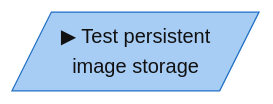
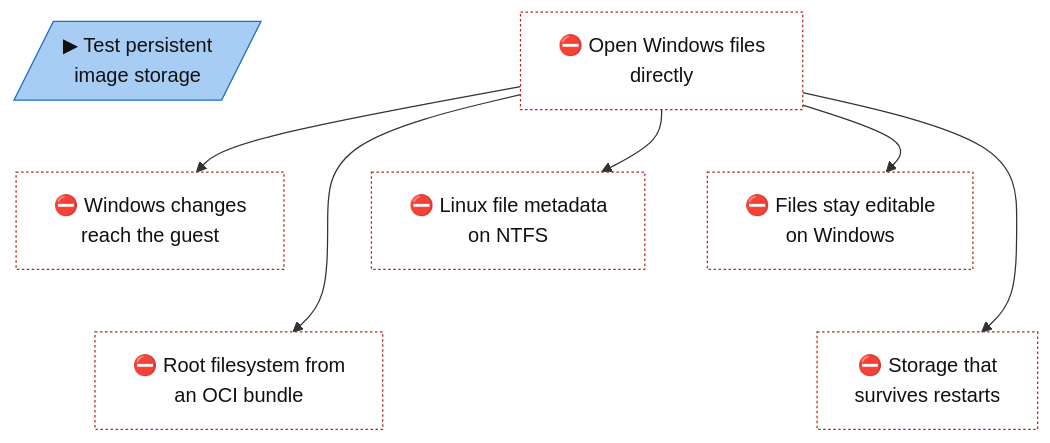
The diagram in docs/roadmap/tracks/fs.md (lhns/gvisor-windows), drawn with Mermaid before and after one commit. The commit also changed other lines of this file and 13 other files, not shown here.

````diff
--- a/docs/roadmap/tracks/fs.md
+++ b/docs/roadmap/tracks/fs.md
@@ -10,19 +10,37 @@
 ```mermaid
 flowchart TB
     fs_persistent_image_storage[/"▶ Test persistent<br/>image storage"/]
+    fs_windows_directfs["⛔ Open Windows files<br/>directly"]
+    fs_change_notifications["⛔ Windows changes<br/>reach the guest"]
+    fs_linux_metadata_on_ntfs["⛔ Linux file metadata<br/>on NTFS"]
+    fs_handles_do_not_block_users["⛔ Files stay editable<br/>on Windows"]
+    fs_root_filesystem_source["⛔ Root filesystem from<br/>an OCI bundle"]
+    fs_persistent_storage_impl["⛔ Storage that<br/>survives restarts"]
+    fs_persistent_image_storage ~~~ fs_change_notifications
+    fs_windows_directfs ~~~ fs_linux_metadata_on_ntfs
+    fs_windows_directfs ~~~ fs_handles_do_not_block_users
+    fs_change_notifications ~~~ fs_root_filesystem_source
+    fs_linux_metadata_on_ntfs ~~~ fs_persistent_storage_impl
+    fs_handles_do_not_block_users ~~~ fs_persistent_storage_impl
+    fs_windows_directfs --> fs_change_notifications
+    fs_windows_directfs --> fs_linux_metadata_on_ntfs
+    fs_windows_directfs --> fs_handles_do_not_block_users
+    fs_windows_directfs --> fs_root_filesystem_source
+    fs_windows_directfs --> fs_persistent_storage_impl
     classDef vsucc fill:#2e9e4f,stroke:#1b6b34,color:#fff
     classDef succ fill:#bfe8c8,stroke:#2e9e4f,color:#111
     classDef mixed fill:#ffd37a,stroke:#c98a00,color:#111
     classDef bad fill:#f28b82,stroke:#b3261e,color:#111
     classDef dead fill:#e6e6e6,stroke:#777,stroke-dasharray:5 5,color:#555
     classDef inprog fill:#a8cdf5,stroke:#1f6fc5,color:#111
     classDef next fill:#fff,stroke:#333,color:#111
     classDef blocked fill:#fff,stroke:#b3261e,stroke-dasharray:2 2,color:#111
     classDef parked fill:#f3f3f3,stroke:#999,color:#555
     classDef unrated fill:#fff,stroke:#333,stroke-dasharray:1 3,color:#111
     classDef gate fill:#d9c2f0,stroke:#7b3fb5,color:#111
     classDef decided fill:#ece0f7,stroke:#7b3fb5,stroke-dasharray:2 2,color:#111
     classDef finding fill:#ffe0b2,stroke:#d84315,stroke-width:2px,color:#111
     classDef waiting fill:#e3f2fd,stroke:#1f6fc5,stroke-dasharray:5 5,color:#111
     class fs_persistent_image_storage inprog
+    class fs_windows_directfs,fs_change_notifications,fs_linux_metadata_on_ntfs,fs_handles_do_not_block_users,fs_root_filesystem_source,fs_persistent_storage_impl blocked
 ```
````
